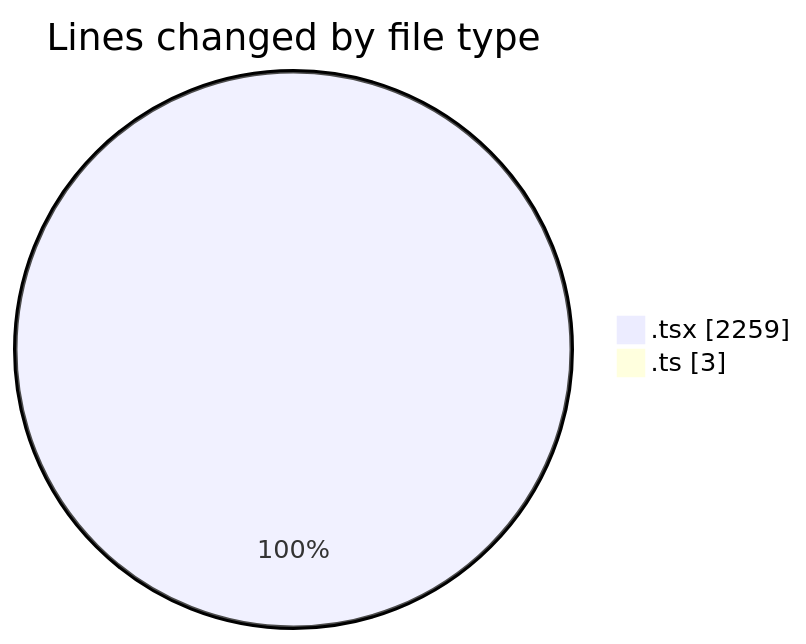
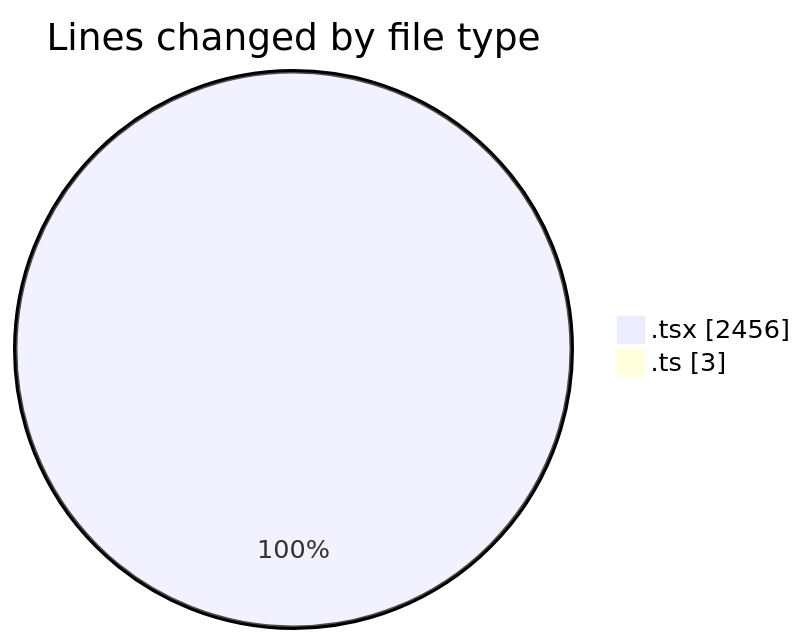
Before and after one commit to momahboobian/code-tracking: the first of 2 diagrams in 2025-02-12/cda/README.md, drawn with Mermaid. The commit also changed other lines of this file and 1 other file, not shown here.

````diff
--- a/2025-02-12/cda/README.md
+++ b/2025-02-12/cda/README.md
@@ -23,6 +23,6 @@
 ```mermaid
 pie showData
 title Lines changed by file type
-".tsx" : 2259
+".tsx" : 2456
 ".ts" : 3
 ```
````
